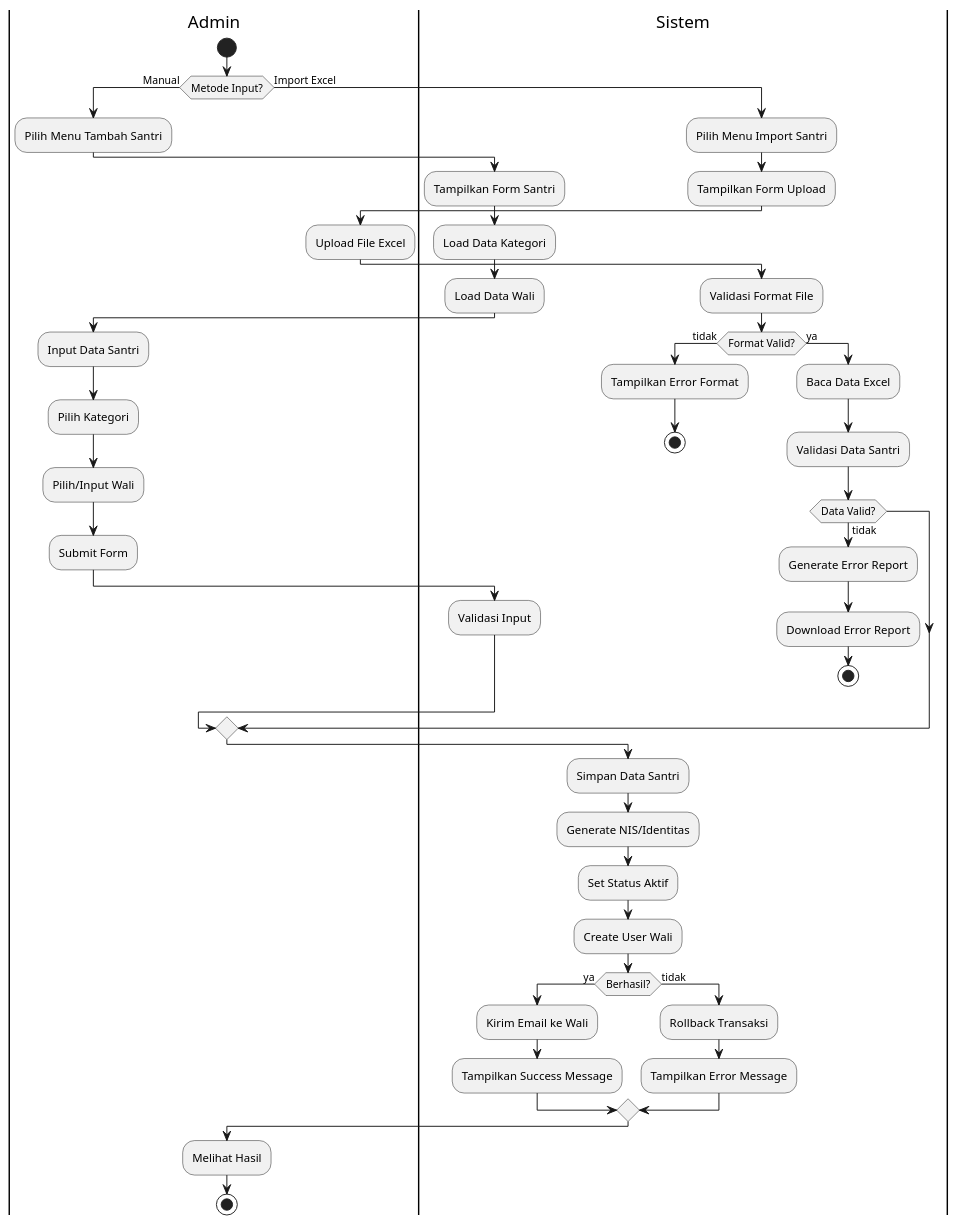
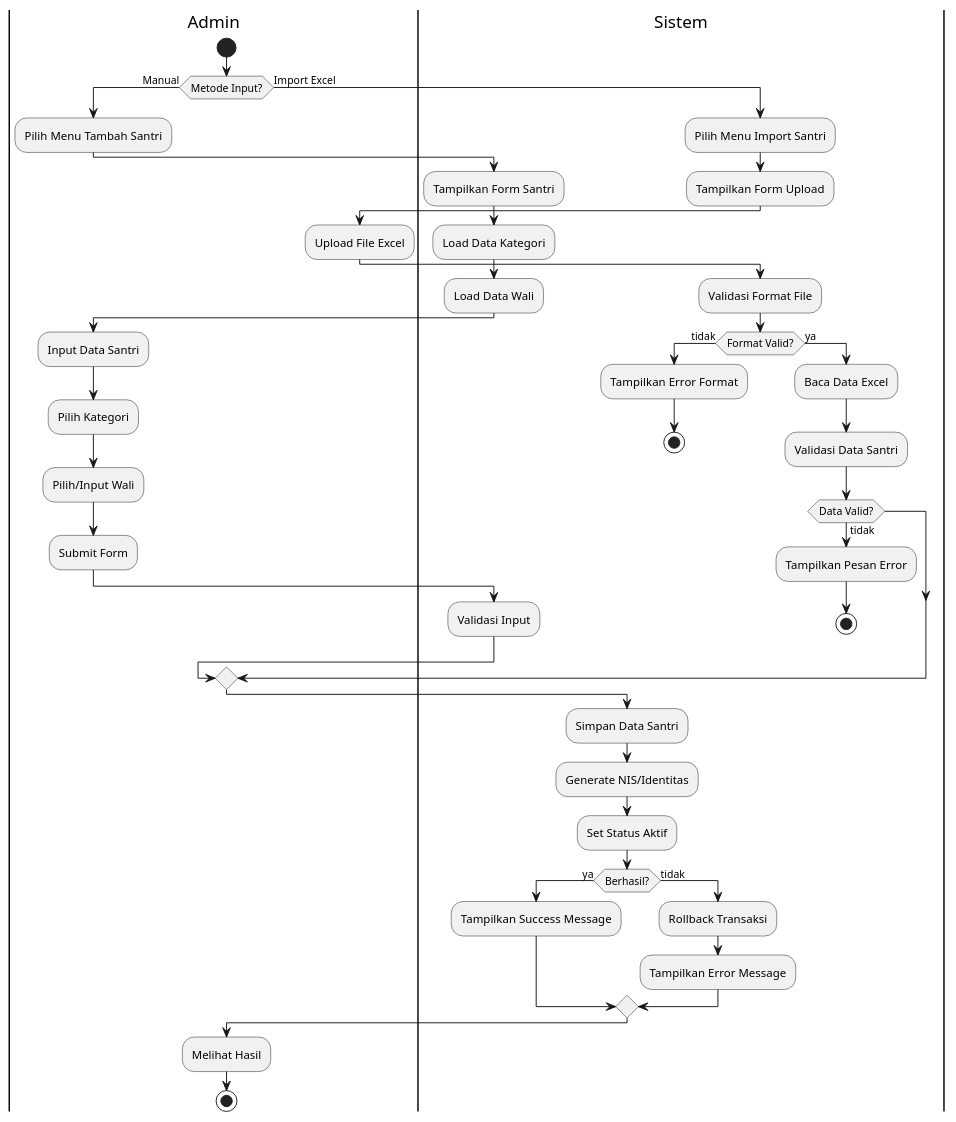
One commit to faruq-idn/SPP-JNJ changed the diagram in diagrams/activity_tambah_santri.puml. Above: the diagram before and after it, drawn with PlantUML. The commit also changed 31 other files, not shown here.

```diff
--- a/diagrams/activity_tambah_santri.puml
+++ b/diagrams/activity_tambah_santri.puml
@@ -1,67 +1,64 @@
 @startuml Tambah Data Santri
 
 |Admin|
 start
 
 if (Metode Input?) then (Manual)
     :Pilih Menu Tambah Santri;
     
     |Sistem|
     :Tampilkan Form Santri;
     :Load Data Kategori;
     :Load Data Wali;
     
     |Admin|
     :Input Data Santri;
     :Pilih Kategori;
     :Pilih/Input Wali;
     :Submit Form;
     
     |Sistem|
     :Validasi Input;
     
 else (Import Excel)
     :Pilih Menu Import Santri;
     
     |Sistem|
     :Tampilkan Form Upload;
     
     |Admin|
     :Upload File Excel;
     
     |Sistem|
     :Validasi Format File;
     if (Format Valid?) then (tidak)
         :Tampilkan Error Format;
         stop
     else (ya)
         :Baca Data Excel;
         :Validasi Data Santri;
         
         if (Data Valid?) then (tidak)
-            :Generate Error Report;
-            :Download Error Report;
+            :Tampilkan Pesan Error;
             stop
         endif
     endif
 endif
 
 |Sistem|
 :Simpan Data Santri;
 :Generate NIS/Identitas;
 :Set Status Aktif;
-:Create User Wali;
     
 if (Berhasil?) then (ya)
-    :Kirim Email ke Wali;
     :Tampilkan Success Message;
 else (tidak)
     :Rollback Transaksi;
     :Tampilkan Error Message;
 endif
 
 |Admin|
 :Melihat Hasil;
 stop
 
 @enduml
```
